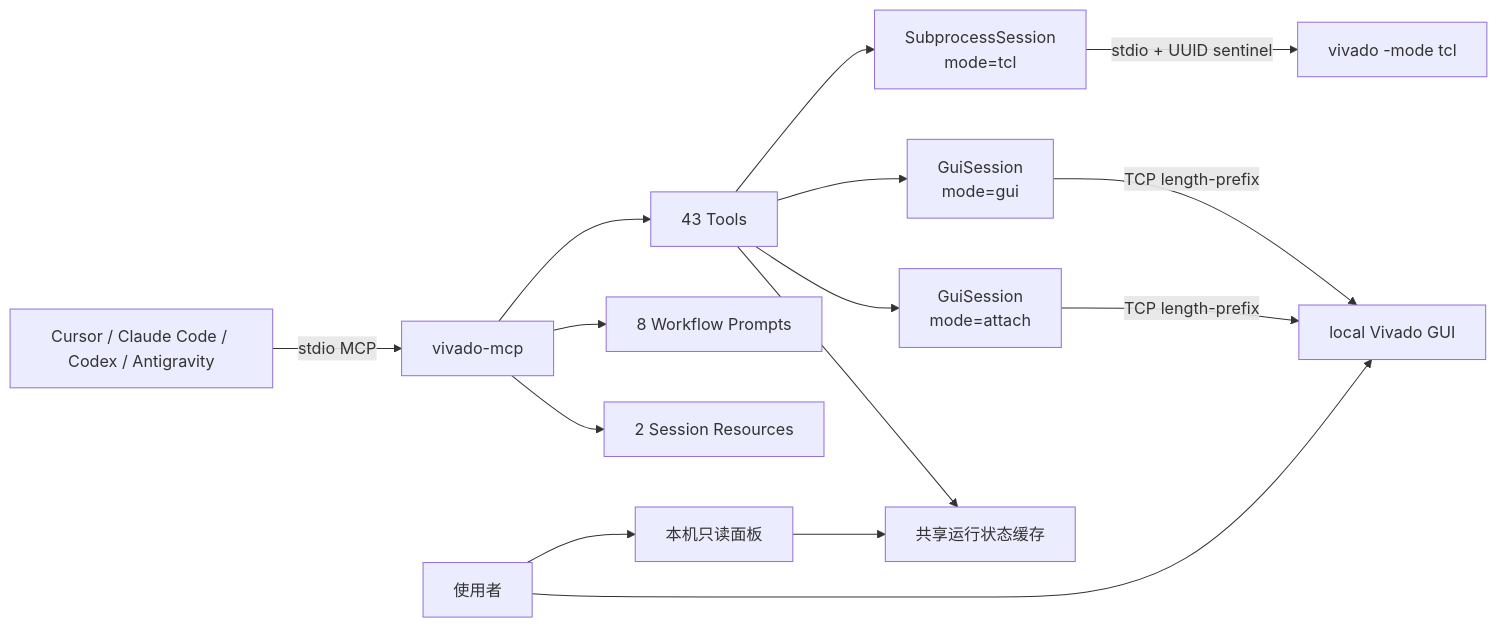
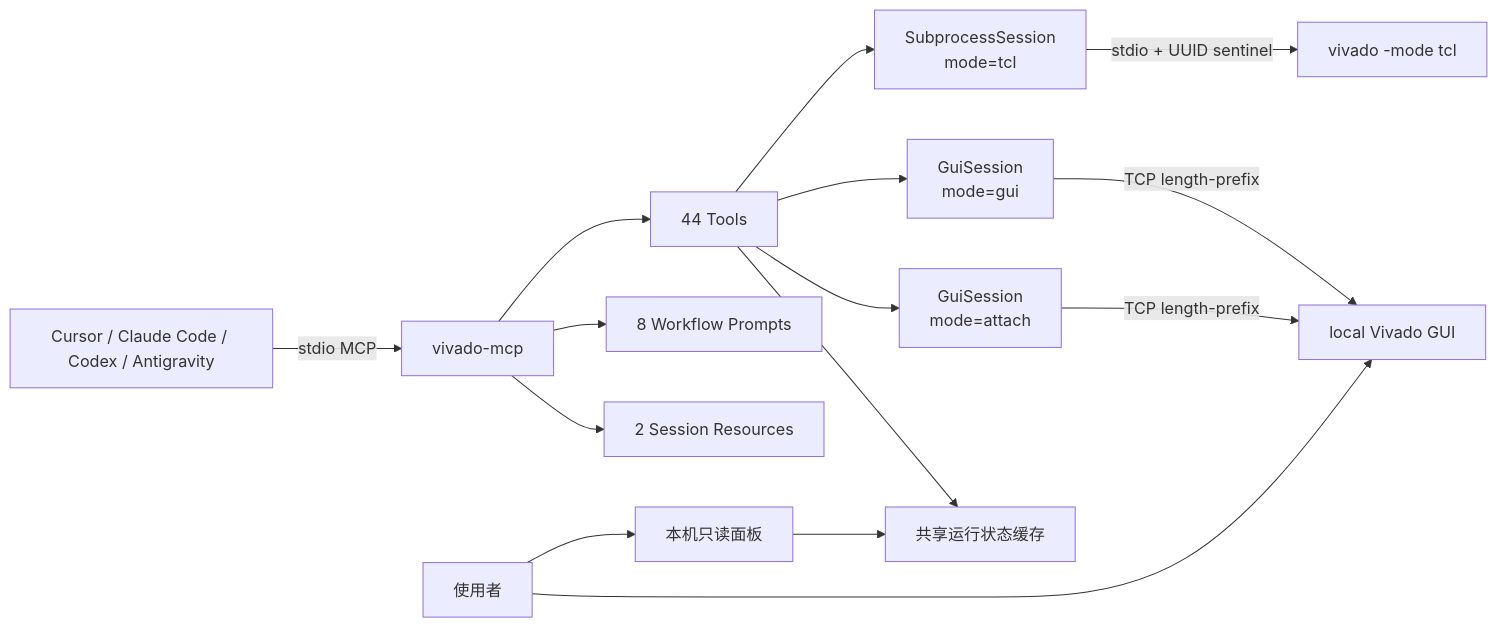
One commit to otter-fpga-lab/otter-vivado changed the diagram in README.md. Above: the diagram before and after it, drawn with Mermaid. The commit also changed other lines of this file and 23 other files, not shown here.

````diff
--- a/README.md
+++ b/README.md
@@ -557,17 +560,17 @@
 ```mermaid
 flowchart LR
     Agent["Cursor / Claude Code / Codex / Antigravity"] -->|"stdio MCP"| MCP["vivado-mcp"]
-    MCP --> Tools["43 Tools"]
+    MCP --> Tools["44 Tools"]
     MCP --> Prompts["8 Workflow Prompts"]
     MCP --> Resources["2 Session Resources"]
     Tools --> Tcl["SubprocessSession\nmode=tcl"]
     Tools --> Gui["GuiSession\nmode=gui"]
     Tools --> Attach["GuiSession\nmode=attach"]
     Tcl -->|"stdio + UUID sentinel"| VivadoTcl["vivado -mode tcl"]
     Gui -->|"TCP length-prefix"| VivadoGui["local Vivado GUI"]
     Attach -->|"TCP length-prefix"| VivadoGui
     Tools --> Monitor["共享运行状态缓存"]
     Human["使用者"] --> VivadoGui
     Human --> View["本机只读面板"]
     View --> Monitor
 ```
````
